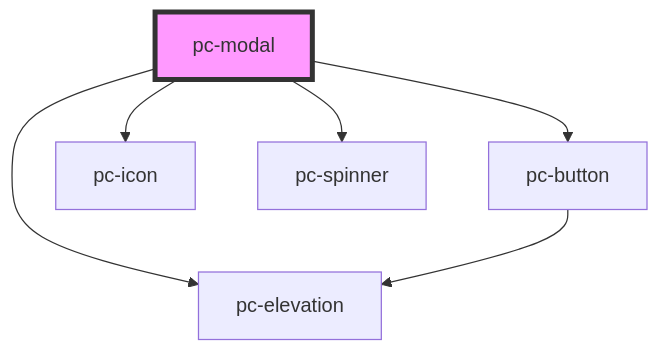
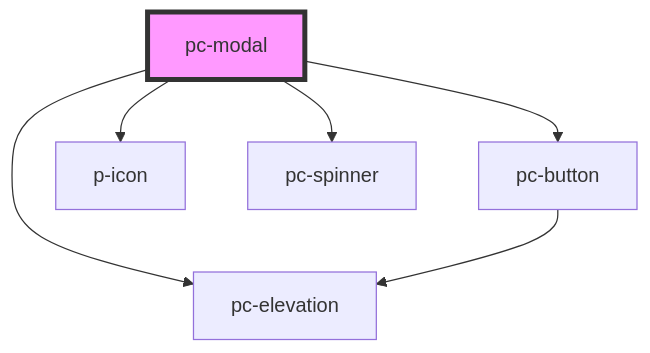
The diagram in src/components/modal/modal/readme.md (redvars/peacock), drawn with Mermaid before and after one commit. The commit also changed other lines of this file and 94 other files, not shown here.

````diff
--- a/src/components/modal/modal/readme.md
+++ b/src/components/modal/modal/readme.md
@@ -38,9 +38,9 @@
 ```mermaid
 graph TD;
   pc-modal --> pc-elevation
   pc-modal --> pc-button
-  pc-modal --> pc-icon
+  pc-modal --> p-icon
   pc-modal --> pc-spinner
   pc-button --> pc-elevation
   style pc-modal fill:#f9f,stroke:#333,stroke-width:4px
 ```
````
